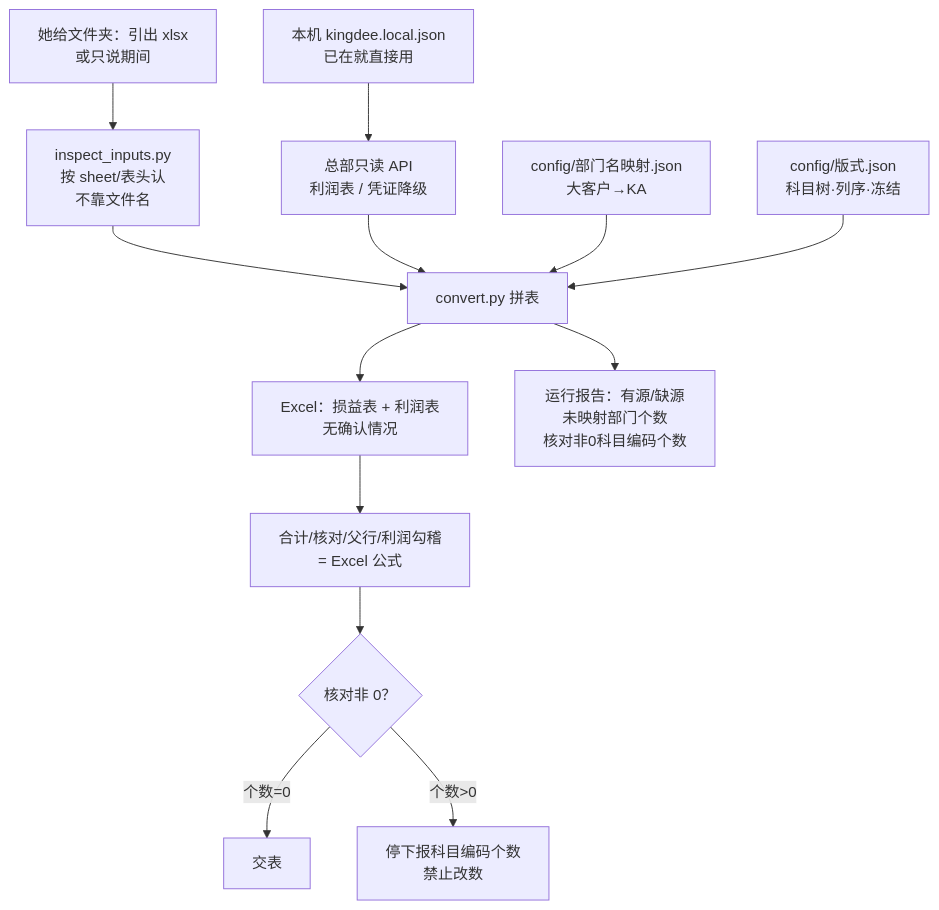
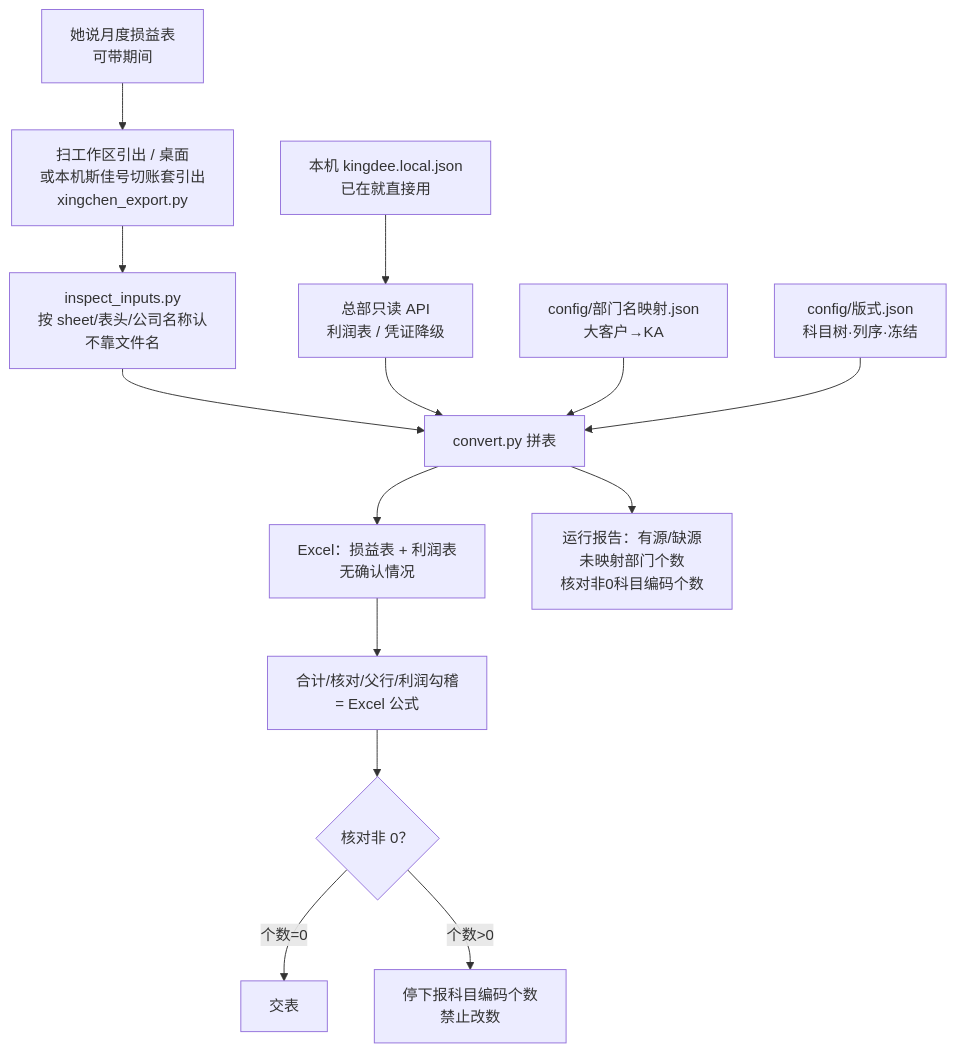
The diagram in skills/pl-dept-report/README.md (EvanLee2004/finance-skills), drawn with Mermaid before and after one commit. The commit also changed other lines of this file and 7 other files, not shown here.

````diff
--- a/skills/pl-dept-report/README.md
+++ b/skills/pl-dept-report/README.md
@@ -54,15 +54,16 @@
 ```mermaid
 flowchart TD
-  IN["她给文件夹：引出 xlsx<br/>或只说期间"] --> INS["inspect_inputs.py<br/>按 sheet/表头认<br/>不靠文件名"]
+  IN["她说月度损益表<br/>可带期间"] --> FIND["扫工作区引出 / 桌面<br/>或本机斯佳号切账套引出<br/>xingchen_export.py"]
+  FIND --> INS["inspect_inputs.py<br/>按 sheet/表头/公司名称认<br/>不靠文件名"]
   KEY["本机 kingdee.local.json<br/>已在就直接用"] --> API["总部只读 API<br/>利润表 / 凭证降级"]
   INS --> MERGE["convert.py 拼表"]
   API --> MERGE
   MAP["config/部门名映射.json<br/>大客户→KA"] --> MERGE
   LAY["config/版式.json<br/>科目树·列序·冻结"] --> MERGE
   MERGE --> X["Excel：损益表 + 利润表<br/>无确认情况"]
   MERGE --> R["运行报告：有源/缺源<br/>未映射部门个数<br/>核对非0科目编码个数"]
   X --> F["合计/核对/父行/利润勾稽<br/>= Excel 公式"]
   F --> CHK{"核对非 0？"}
   CHK -->|"个数=0"| OK["交表"]
   CHK -->|"个数>0"| STOP["停下报科目编码个数<br/>禁止改数"]
 ```
````
